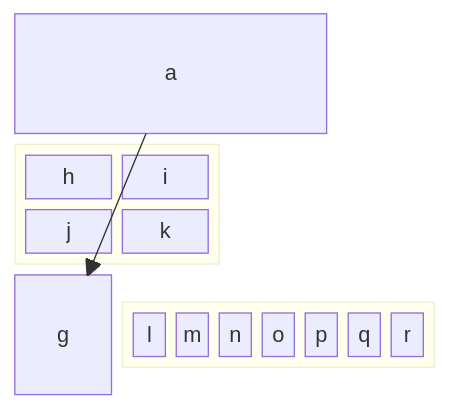
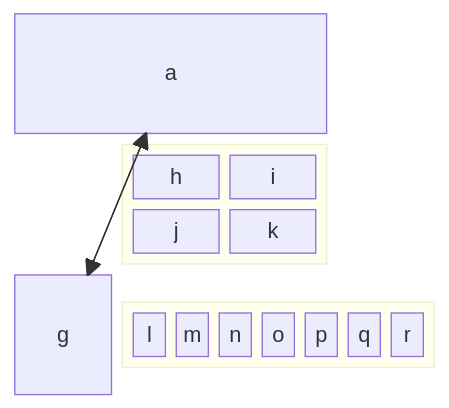
One commit to digitnow/data1500-lecture-02 changed the fourth of 4 diagrams in seqdiagr/test_er.md. Above: the diagram before and after it, drawn with Mermaid.

Commit message:
Update test_er.md
more space and arrows

````diff
--- a/seqdiagr/test_er.md
+++ b/seqdiagr/test_er.md
@@ -61,16 +61,17 @@
 ```mermaid
 block
   columns 3
   a:3
+  space
   block:group1:2
     columns 2
     h i j k
   end
-  space
   g
   block:group2:3
     %% columns auto (default)
     l m n o p q r
   end
   a --> g
+  g --> a
 ```
````
